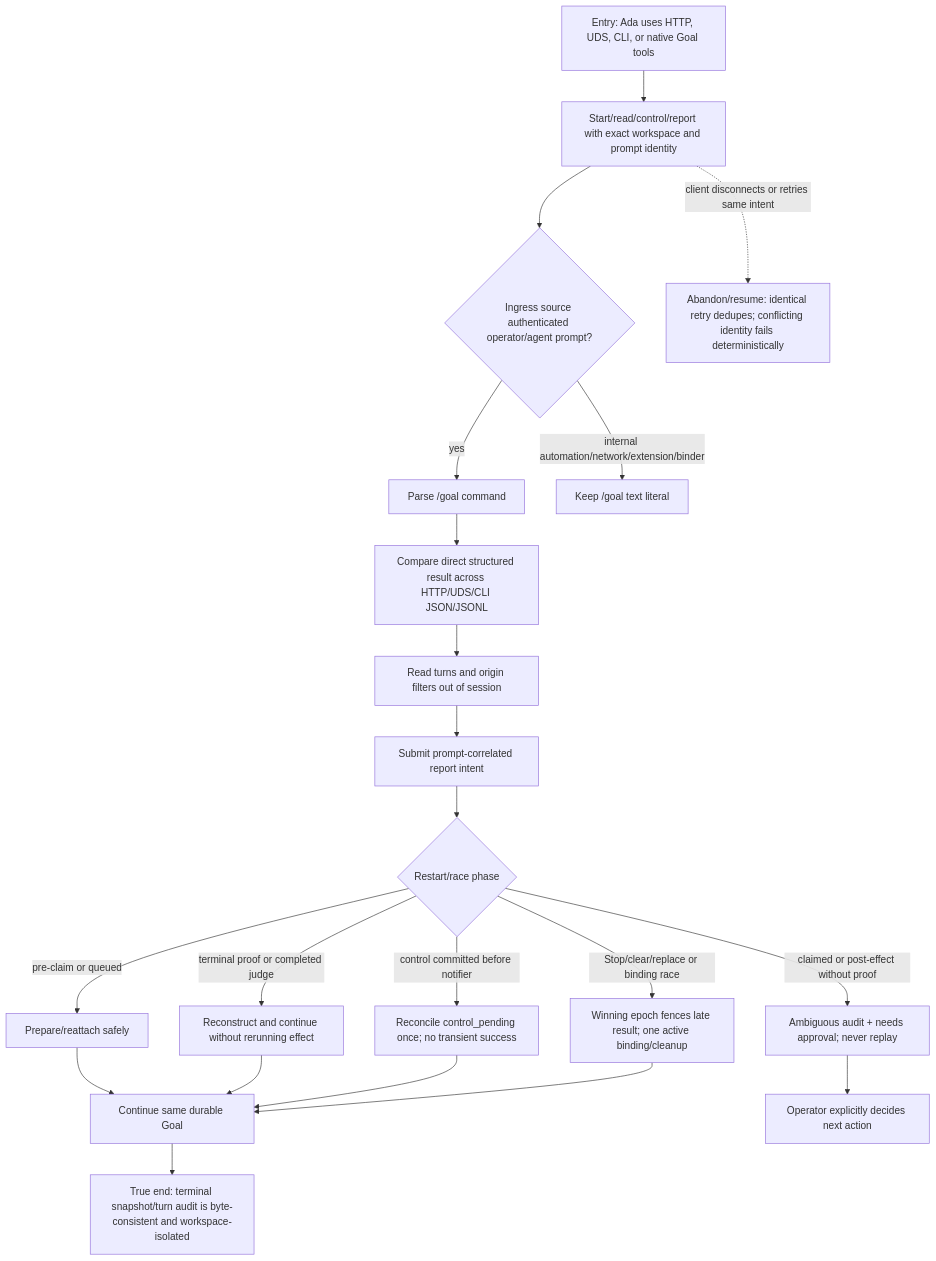
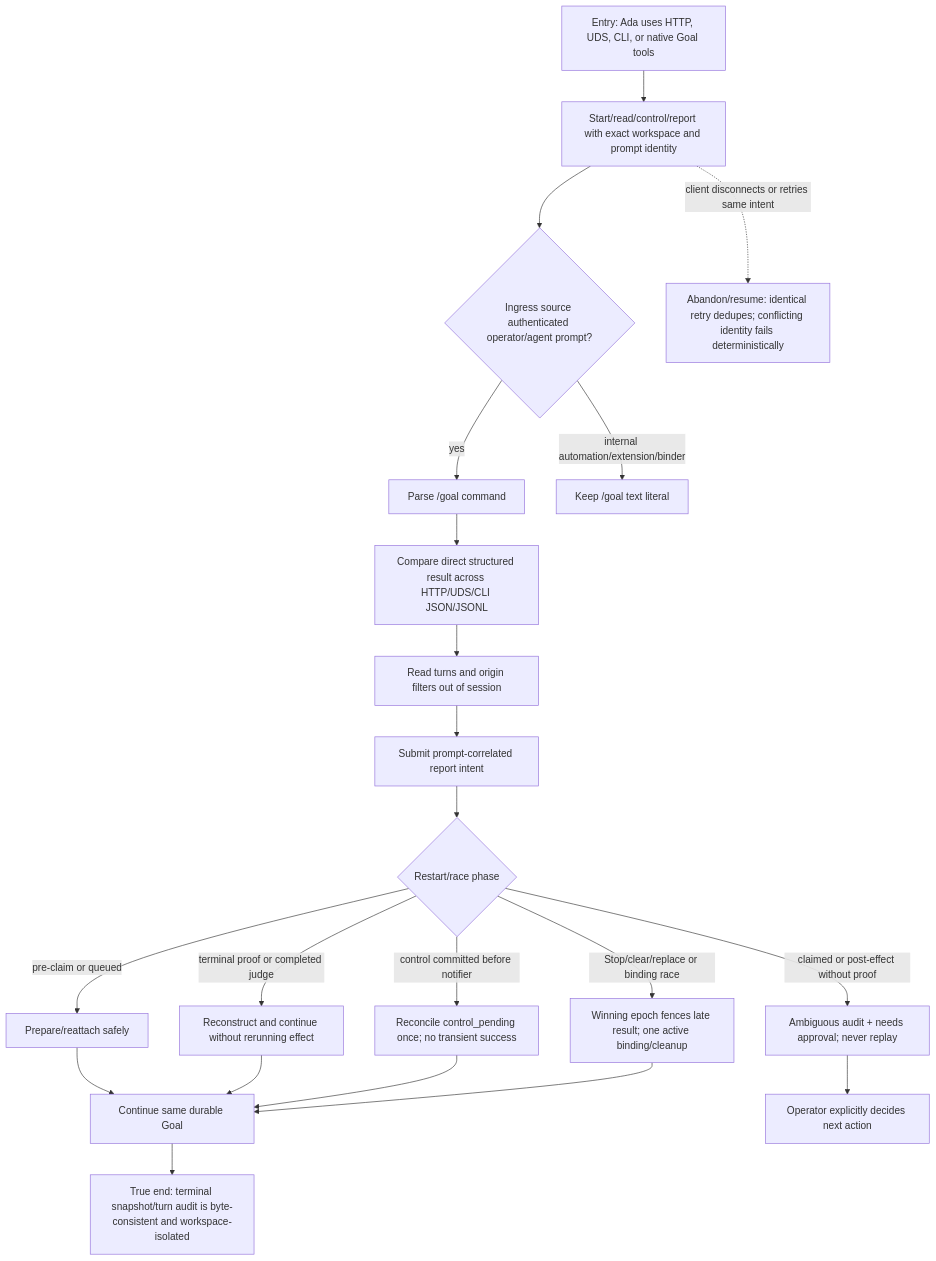
Before and after one commit to compozy/compozy: the diagram in docs/qa/journeys/J-29-operate-and-recover-goal.md, drawn with Mermaid. The commit also changed other lines of this file and 4091 other files, not shown here.

````diff
--- a/docs/qa/journeys/J-29-operate-and-recover-goal.md
+++ b/docs/qa/journeys/J-29-operate-and-recover-goal.md
@@ -5,23 +5,23 @@
 ```mermaid
 flowchart TD
     A[Entry: Ada uses HTTP, UDS, CLI, or native Goal tools] --> B[Start/read/control/report with exact workspace and prompt identity]
     B --> C{Ingress source authenticated operator/agent prompt?}
     C -->|yes| D[Parse /goal command]
-    C -->|internal automation/network/extension/binder| E[Keep /goal text literal]
+    C -->|internal automation/extension/binder| E[Keep /goal text literal]
     D --> F[Compare direct structured result across HTTP/UDS/CLI JSON/JSONL]
     F --> G[Read turns and origin filters out of session]
     G --> H[Submit prompt-correlated report intent]
     H --> I{Restart/race phase}
     I -->|pre-claim or queued| J[Prepare/reattach safely]
     I -->|claimed or post-effect without proof| K[Ambiguous audit + needs approval; never replay]
     I -->|terminal proof or completed judge| L[Reconstruct and continue without rerunning effect]
     I -->|control committed before notifier| M[Reconcile control_pending once; no transient success]
     I -->|Stop/clear/replace or binding race| N[Winning epoch fences late result; one active binding/cleanup]
     J --> O[Continue same durable Goal]
     K --> P[Operator explicitly decides next action]
     L --> O
     M --> O
     N --> O
     O --> Q[True end: terminal snapshot/turn audit is byte-consistent and workspace-isolated]
     B -.->|client disconnects or retries same intent| X1[Abandon/resume: identical retry dedupes; conflicting identity fails deterministically]
 ```
````
